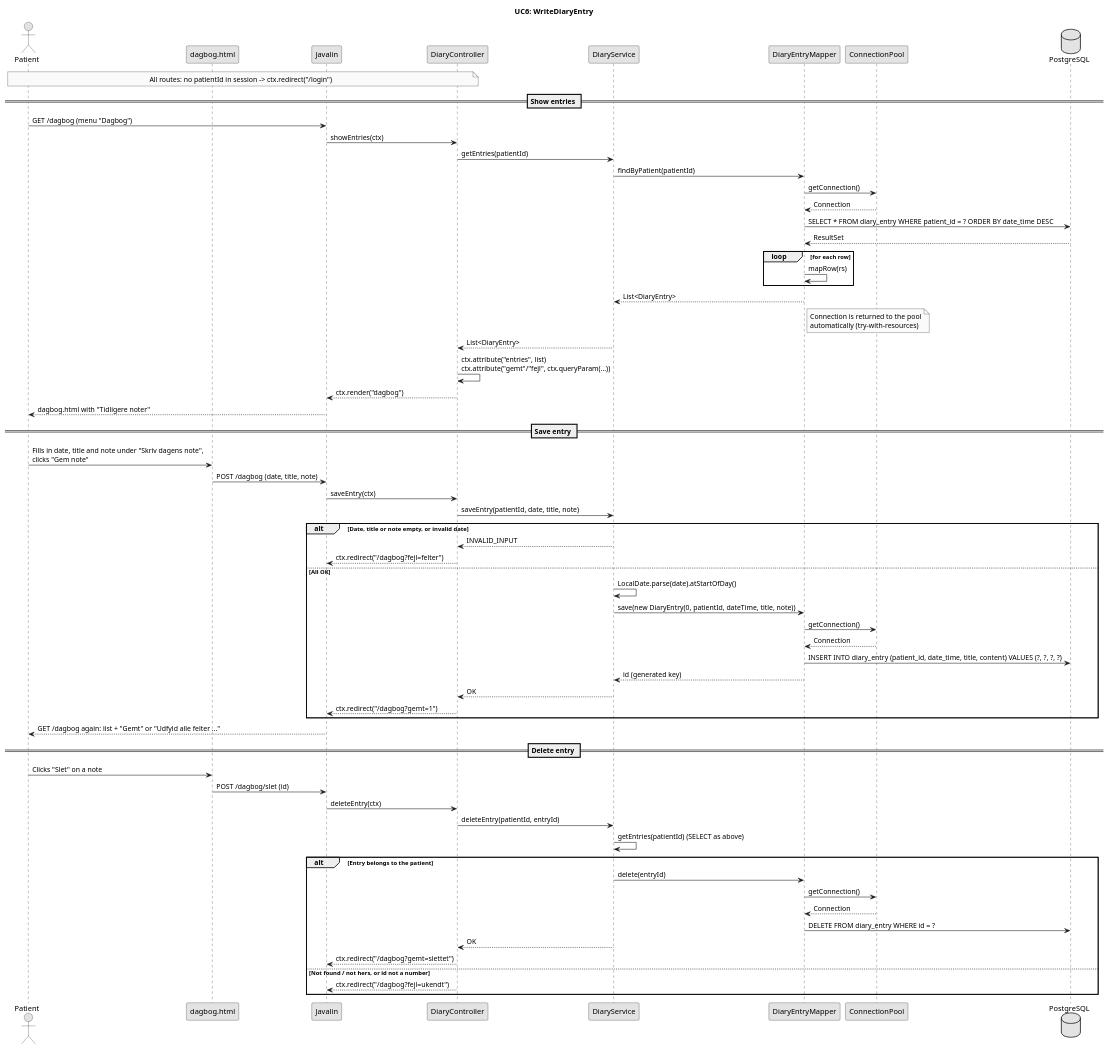
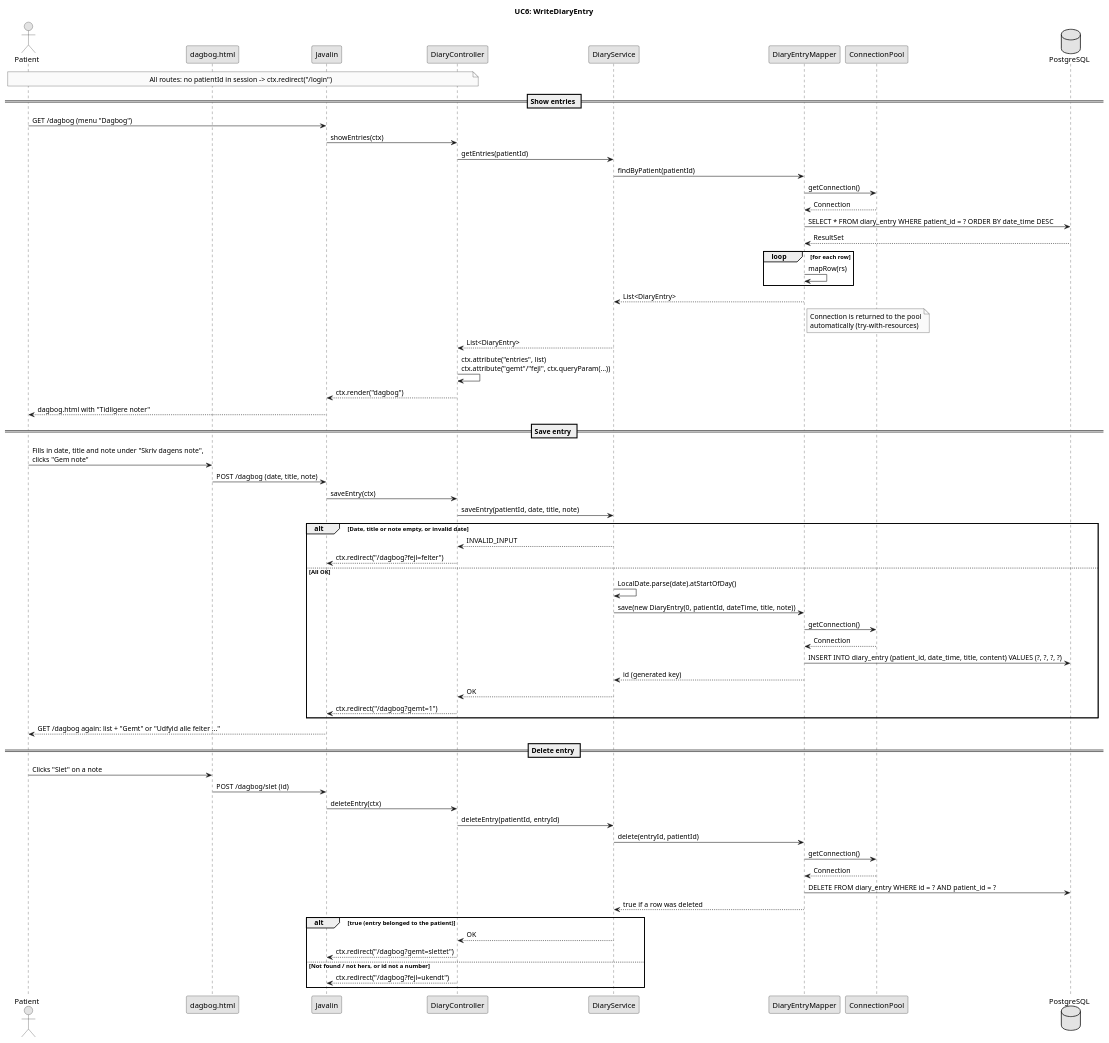
The diagram in doc/dynamic/UC6 - WriteDiaryEntry.puml (BesimaP/Simpl-PET-project), drawn with PlantUML before and after one commit. The commit also changed 51 other files, not shown here.

```diff
--- a/doc/dynamic/UC6 - WriteDiaryEntry.puml
+++ b/doc/dynamic/UC6 - WriteDiaryEntry.puml
@@ -1,76 +1,76 @@
 @startuml
 !pragma layout smetana
 skinparam shadowing false
 skinparam monochrome true
 skinparam defaultFontName Arial
 
 title UC6: WriteDiaryEntry
 
 actor "Patient" as u
 participant "dagbog.html" as v
 participant "Javalin" as j
 participant "DiaryController" as c
 participant "DiaryService" as s
 participant "DiaryEntryMapper" as dm
 participant "ConnectionPool" as cp
 database "PostgreSQL" as db
 
 note over u, c : All routes: no patientId in session -> ctx.redirect("/login")
 
 == Show entries ==
 u -> j : GET /dagbog (menu "Dagbog")
 j -> c : showEntries(ctx)
 c -> s : getEntries(patientId)
 s -> dm : findByPatient(patientId)
 dm -> cp : getConnection()
 cp --> dm : Connection
 dm -> db : SELECT * FROM diary_entry WHERE patient_id = ? ORDER BY date_time DESC
 db --> dm : ResultSet
 loop for each row
   dm -> dm : mapRow(rs)
 end
 dm --> s : List<DiaryEntry>
 note right of dm : Connection is returned to the pool\nautomatically (try-with-resources)
 s --> c : List<DiaryEntry>
 c -> c : ctx.attribute("entries", list)\nctx.attribute("gemt"/"fejl", ctx.queryParam(...))
 c --> j : ctx.render("dagbog")
 j --> u : dagbog.html with "Tidligere noter"
 
 == Save entry ==
 u -> v : Fills in date, title and note under "Skriv dagens note",\nclicks "Gem note"
 v -> j : POST /dagbog (date, title, note)
 j -> c : saveEntry(ctx)
 c -> s : saveEntry(patientId, date, title, note)
 alt Date, title or note empty, or invalid date
   s --> c : INVALID_INPUT
   c --> j : ctx.redirect("/dagbog?fejl=felter")
 else All OK
   s -> s : LocalDate.parse(date).atStartOfDay()
   s -> dm : save(new DiaryEntry(0, patientId, dateTime, title, note))
   dm -> cp : getConnection()
   cp --> dm : Connection
   dm -> db : INSERT INTO diary_entry (patient_id, date_time, title, content) VALUES (?, ?, ?, ?)
   dm --> s : id (generated key)
   s --> c : OK
   c --> j : ctx.redirect("/dagbog?gemt=1")
 end
 j --> u : GET /dagbog again: list + "Gemt" or "Udfyld alle felter ..."
 
 == Delete entry ==
 u -> v : Clicks "Slet" on a note
 v -> j : POST /dagbog/slet (id)
 j -> c : deleteEntry(ctx)
 c -> s : deleteEntry(patientId, entryId)
-s -> s : getEntries(patientId) (SELECT as above)
-alt Entry belongs to the patient
-  s -> dm : delete(entryId)
-  dm -> cp : getConnection()
-  cp --> dm : Connection
-  dm -> db : DELETE FROM diary_entry WHERE id = ?
+s -> dm : delete(entryId, patientId)
+dm -> cp : getConnection()
+cp --> dm : Connection
+dm -> db : DELETE FROM diary_entry WHERE id = ? AND patient_id = ?
+dm --> s : true if a row was deleted
+alt true (entry belonged to the patient)
   s --> c : OK
   c --> j : ctx.redirect("/dagbog?gemt=slettet")
 else Not found / not hers, or id not a number
   c --> j : ctx.redirect("/dagbog?fejl=ukendt")
 end
 
 @enduml
```
